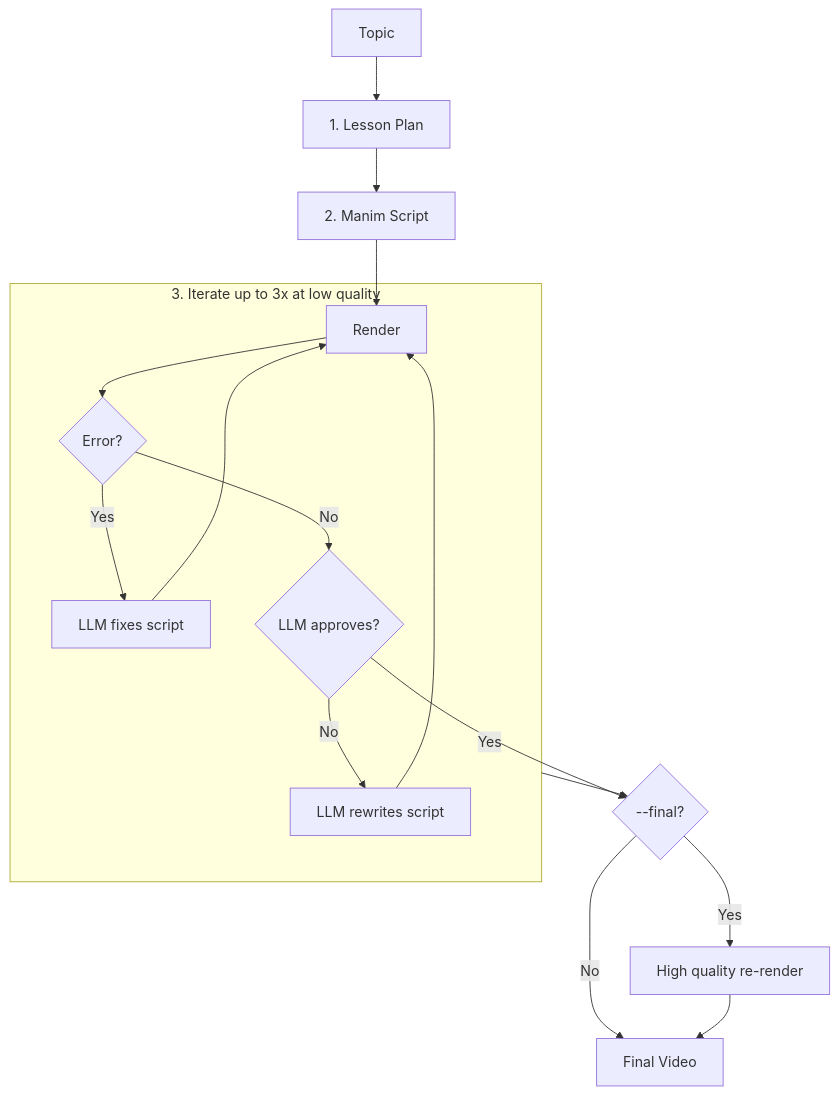
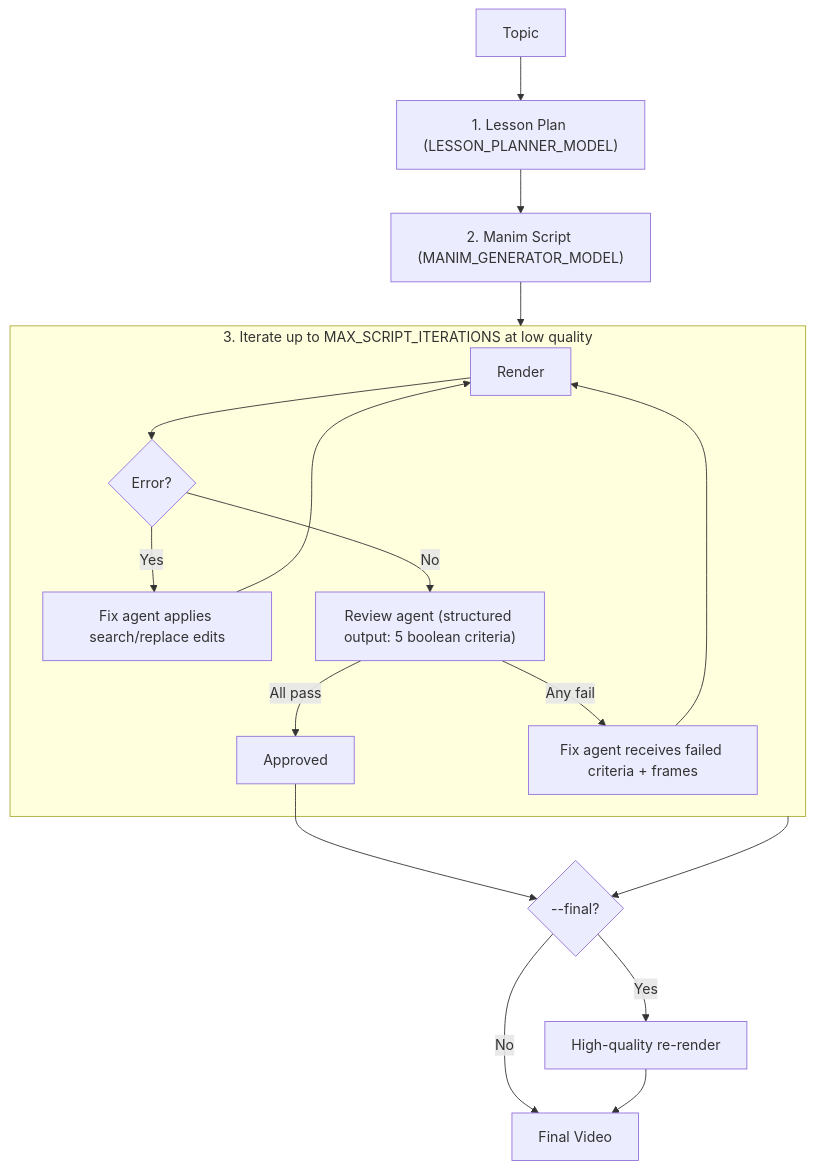
Before and after one commit to pizzaburgare/grasp: the diagram in README.md, drawn with Mermaid.

Commit message:
docs: update mermaid diagram

````diff
--- a/README.md
+++ b/README.md
@@ -92,21 +92,22 @@
 ```mermaid
 flowchart TD
-    A[Topic] --> B[1. Lesson Plan]
-    B --> C[2. Manim Script]
-    C --> R
+    A[Topic] --> B["1. Lesson Plan (LESSON_PLANNER_MODEL)"]
+    B --> C["2. Manim Script (MANIM_GENERATOR_MODEL)"]
+    C --> LOOP
 
-    subgraph LOOP["3. Iterate up to 3x at low quality"]
+    subgraph LOOP["3. Iterate up to MAX_SCRIPT_ITERATIONS at low quality"]
         R[Render] --> ERR{Error?}
-        ERR -- Yes --> FIX[LLM fixes script] --> R
-        ERR -- No --> REV{LLM approves?}
-        REV -- No --> UPD[LLM rewrites script] --> R
+        ERR -- Yes --> FIX_COMPILE["Fix agent applies search/replace edits"] --> R
+        ERR -- No --> REV["Review agent (structured output: 5 boolean criteria)"]
+        REV -- All pass --> DONE[Approved]
+        REV -- Any fail --> FIX_VISUAL["Fix agent receives failed criteria + frames"] --> R
     end
 
-    REV -- Yes --> OUT
+    DONE --> OUT
     LOOP --> OUT
 
     OUT{--final?}
-    OUT -- Yes --> HQ[High quality re-render]
+    OUT -- Yes --> HQ[High-quality re-render]
     OUT -- No --> V[Final Video]
     HQ --> V
 ```
````
